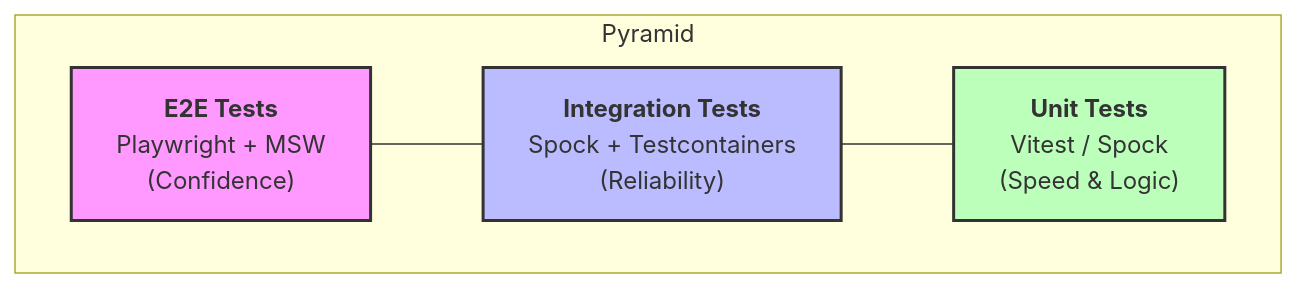
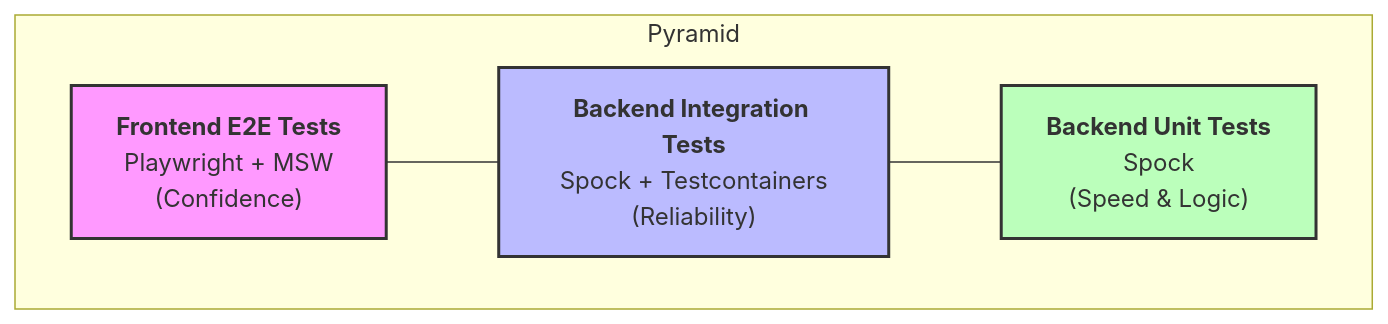
Before and after one commit to jlmonteiro/home-application: the diagram in docs/specification/design/test-strategy/architecture.md, drawn with Mermaid. The commit also changed other lines of this file and 70 other files, not shown here.

````diff
--- a/docs/specification/design/test-strategy/architecture.md
+++ b/docs/specification/design/test-strategy/architecture.md
@@ -11,15 +11,15 @@
 ```mermaid
 graph TD
     subgraph Pyramid
-        E2E["<b>E2E Tests</b><br/>Playwright + MSW<br/>(Confidence)"]
-        INT["<b>Integration Tests</b><br/>Spock + Testcontainers<br/>(Reliability)"]
-        UNIT["<b>Unit Tests</b><br/>Vitest / Spock<br/>(Speed & Logic)"]
+        E2E["<b>Frontend E2E Tests</b><br/>Playwright + MSW<br/>(Confidence)"]
+        INT["<b>Backend Integration Tests</b><br/>Spock + Testcontainers<br/>(Reliability)"]
+        UNIT["<b>Backend Unit Tests</b><br/>Spock<br/>(Speed & Logic)"]
     end
 
     E2E --- INT
     INT --- UNIT
 
     style E2E fill:#f9f,stroke:#333,stroke-width:2px
     style INT fill:#bbf,stroke:#333,stroke-width:2px
     style UNIT fill:#bfb,stroke:#333,stroke-width:2px
 ```
````
